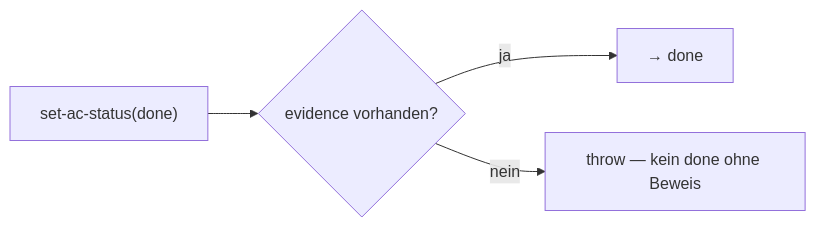
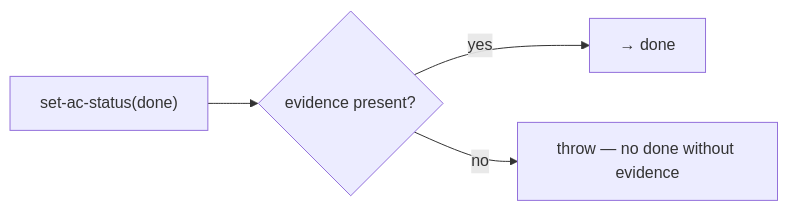
The diagram in docs/core/state/invariants.md (chafoo/anchored), drawn with Mermaid before and after one commit. The commit also changed other lines of this file and 131 other files, not shown here.

````diff
--- a/docs/core/state/invariants.md
+++ b/docs/core/state/invariants.md
@@ -21,6 +21,6 @@
 ```mermaid
 flowchart LR
-    s["set-ac-status(done)"] --> q{"evidence vorhanden?"}
-    q -->|ja| ok["→ done"]
-    q -->|nein| err["throw — kein done ohne Beweis"]
+    s["set-ac-status(done)"] --> q{"evidence present?"}
+    q -->|yes| ok["→ done"]
+    q -->|no| err["throw — no done without evidence"]
 ```
````
